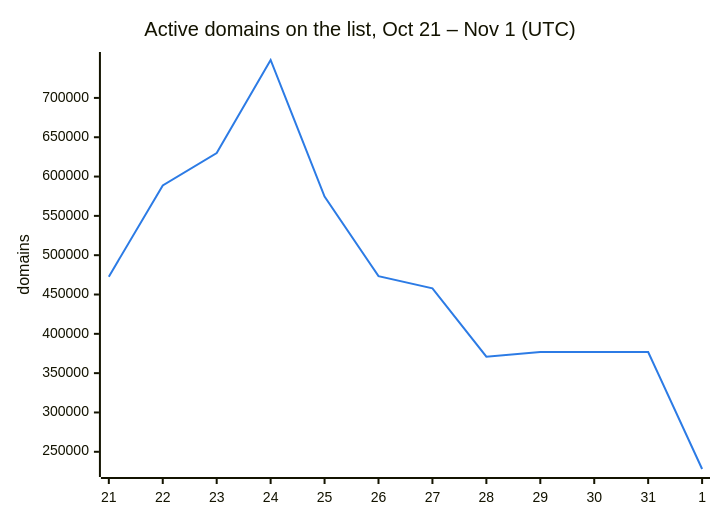
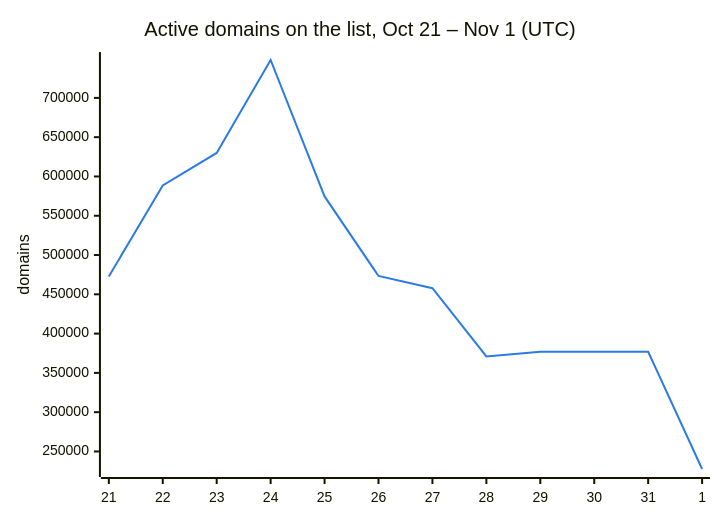
Before and after one commit to DNSBunker/CTI: the second of 3 diagrams in README.md, drawn with Mermaid. The commit also changed other lines of this file and 3 other files, not shown here.

````diff
--- a/README.md
+++ b/README.md
@@ -38,8 +38,8 @@
 ```mermaid
 %%{init: {"themeVariables": {"xyChart": {"plotColorPalette": "#2c7be5"}}}}%%
 xychart-beta
     title "Active domains on the list, Oct 21 – Nov 1 (UTC)"
     x-axis ["21", "22", "23", "24", "25", "26", "27", "28", "29", "30", "31", "1"]
     y-axis "domains"
-    line [472713, 588659, 629951, 748222, 574614, 473331, 457795, 371010, 376945, 376945, 376945, 228109]
+    line [472713, 588659, 629951, 748222, 574614, 473331, 457795, 371010, 376945, 376945, 376945, 227675]
 ```
````
